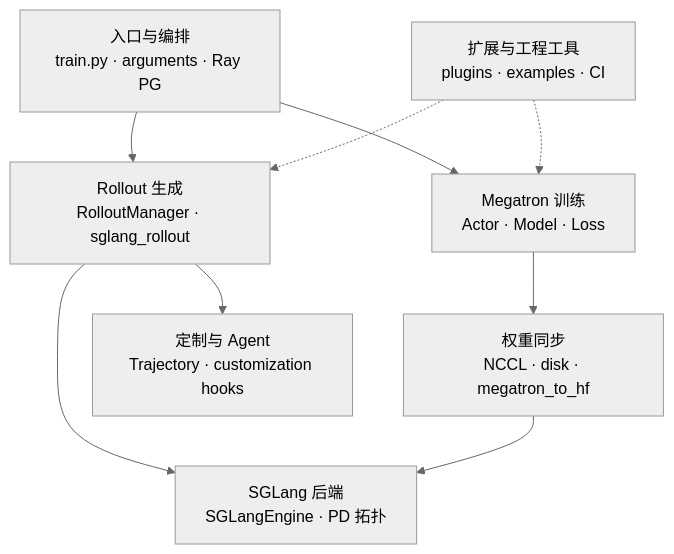
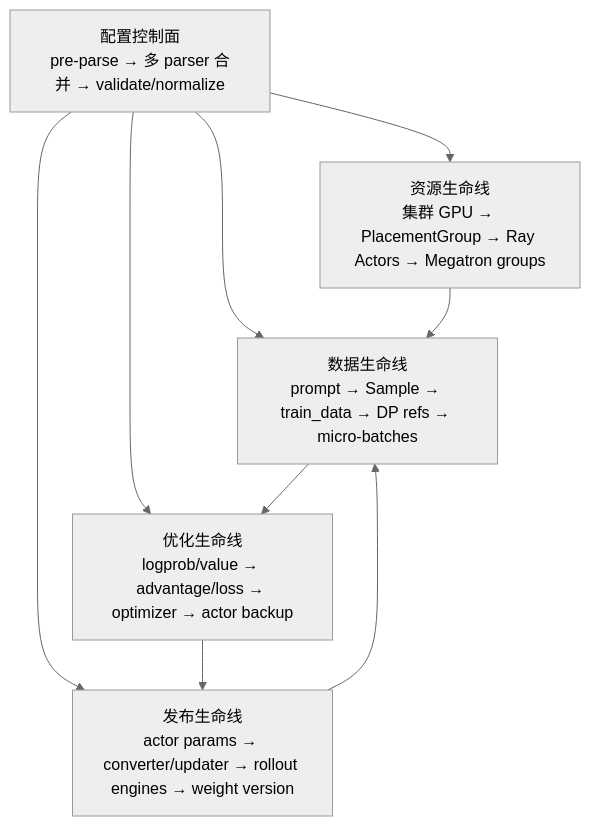
One commit to OnlyHero5/sglang-reading-vault changed the diagram in slime_reading/导读与总览/Slime-架构分层.md. Above: the diagram before and after it, drawn with Mermaid (neutral theme). The commit also changed other lines of this file and 512 other files, not shown here.

````diff
--- a/slime_reading/导读与总览/Slime-架构分层.md
+++ b/slime_reading/导读与总览/Slime-架构分层.md
@@ -26,19 +23,14 @@
 ```mermaid
 flowchart TB
-    L1["入口与编排<br/>train.py · arguments · Ray PG"]
-    L2["Rollout 生成<br/>RolloutManager · sglang_rollout"]
-    L3["SGLang 后端<br/>SGLangEngine · PD 拓扑"]
-    L4["Megatron 训练<br/>Actor · Model · Loss"]
-    L5["权重同步<br/>NCCL · disk · megatron_to_hf"]
-    L6["定制与 Agent<br/>Trajectory · customization hooks"]
-    L7["扩展与工程工具<br/>plugins · examples · CI"]
+    C["配置控制面<br/>pre-parse → 多 parser 合并 → validate/normalize"]
+    R["资源生命线<br/>集群 GPU → PlacementGroup → Ray Actors → Megatron groups"]
+    D["数据生命线<br/>prompt → Sample → train_data → DP refs → micro-batches"]
+    O["优化生命线<br/>logprob/value → advantage/loss → optimizer → actor backup"]
+    W["发布生命线<br/>actor params → converter/updater → rollout engines → weight version"]
 
-    L1 --> L2
-    L1 --> L4
-    L2 --> L3
-    L4 --> L5
-    L5 --> L3
-    L2 --> L6
-    L7 -.-> L2
-    L7 -.-> L4
+    C --> R
+    C --> D
+    C --> O
+    C --> W
+    R --> D --> O --> W --> D
 ```
````
